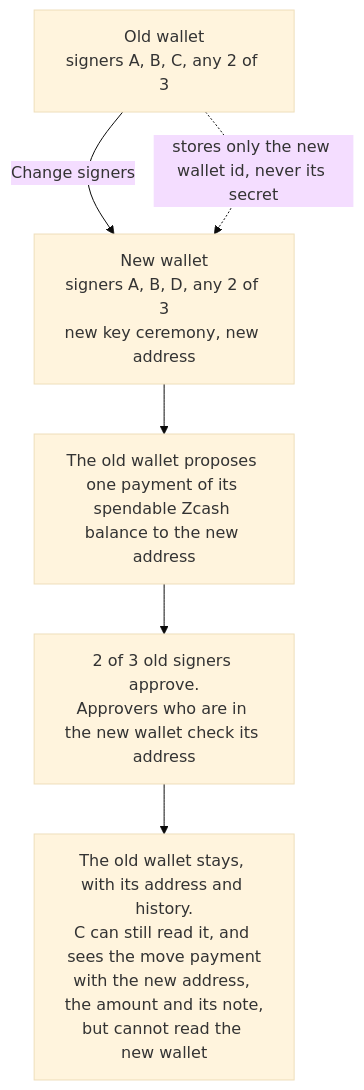
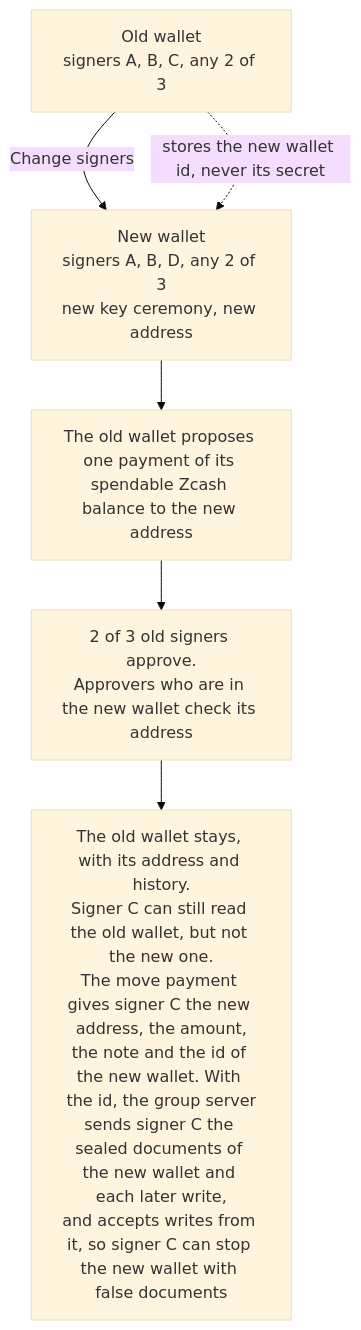
Before and after one commit to devzigs/zigs: the fourth of 4 diagrams in PROTOCOL.md, drawn with Mermaid (base theme). The commit also changed other lines of this file and 7 other files, not shown here.

First line of the commit message:
Say what the id of a new wallet gives a device left out

````diff
--- a/PROTOCOL.md
+++ b/PROTOCOL.md
@@ -527,8 +536,8 @@
 ```mermaid
 flowchart TD
-  A["Old wallet<br/>signers A, B, C, any 2 of 3"] -->|Change signers| B["New wallet<br/>signers A, B, D, any 2 of 3<br/>new key ceremony, new address"]
-  A -.->|stores only the new wallet id, never its secret| B
-  B --> C["The old wallet proposes one payment of its spendable Zcash balance to the new address"]
-  C --> D["2 of 3 old signers approve.<br/>Approvers who are in the new wallet check its address"]
-  D --> E["The old wallet stays, with its address and history.<br/>C can still read it, and sees the move payment<br/>with the new address, the amount and its note,<br/>but cannot read the new wallet"]
+  OLD["Old wallet<br/>signers A, B, C, any 2 of 3"] -->|Change signers| NEW["New wallet<br/>signers A, B, D, any 2 of 3<br/>new key ceremony, new address"]
+  OLD -.->|stores the new wallet id, never its secret| NEW
+  NEW --> PAY["The old wallet proposes one payment of its spendable Zcash balance to the new address"]
+  PAY --> OK["2 of 3 old signers approve.<br/>Approvers who are in the new wallet check its address"]
+  OK --> STAY["The old wallet stays, with its address and history.<br/>Signer C can still read the old wallet, but not the new one.<br/>The move payment gives signer C the new address, the amount,<br/>the note and the id of the new wallet. With the id, the group server<br/>sends signer C the sealed documents of the new wallet and each later write,<br/>and accepts writes from it, so signer C can stop the new wallet with false documents"]
 ```
````
